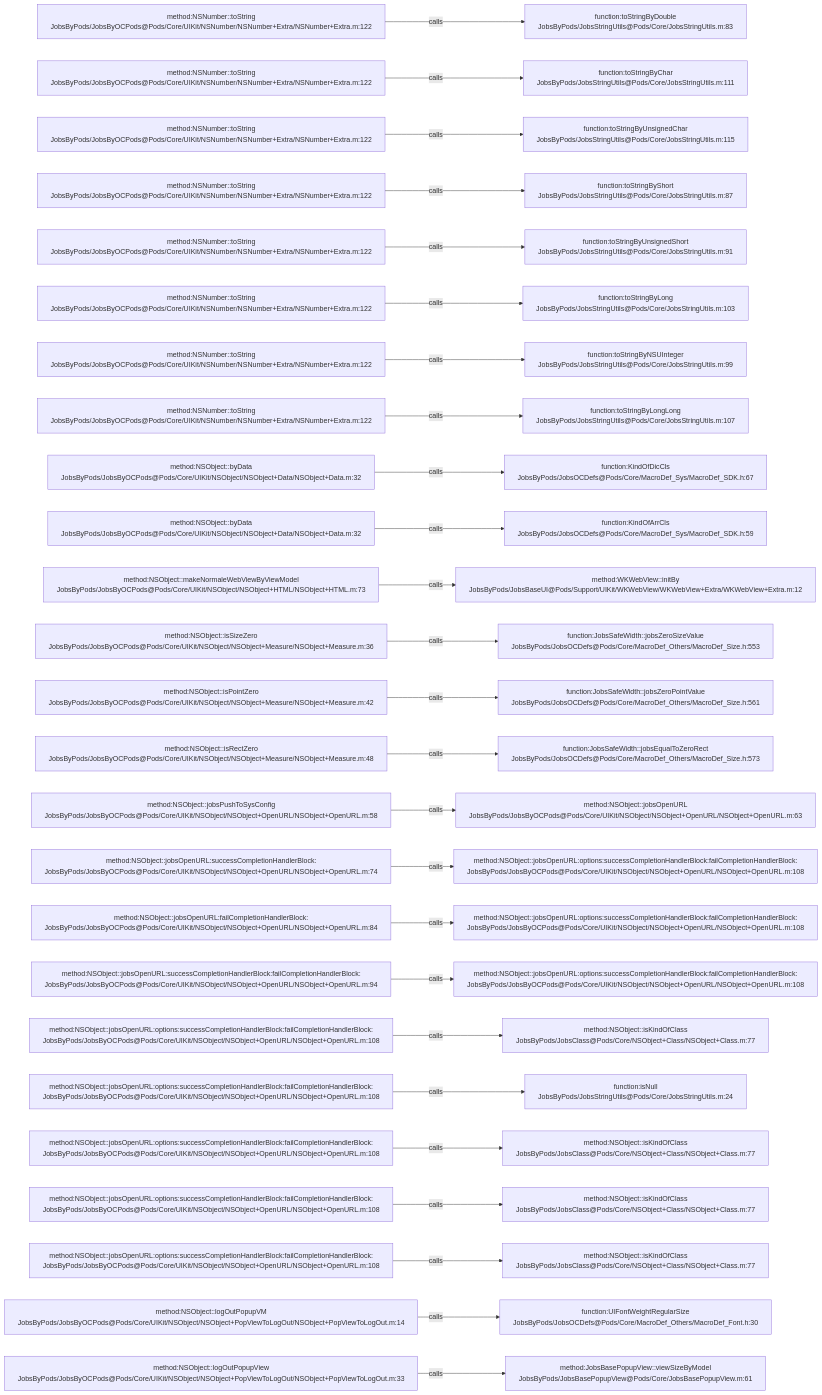
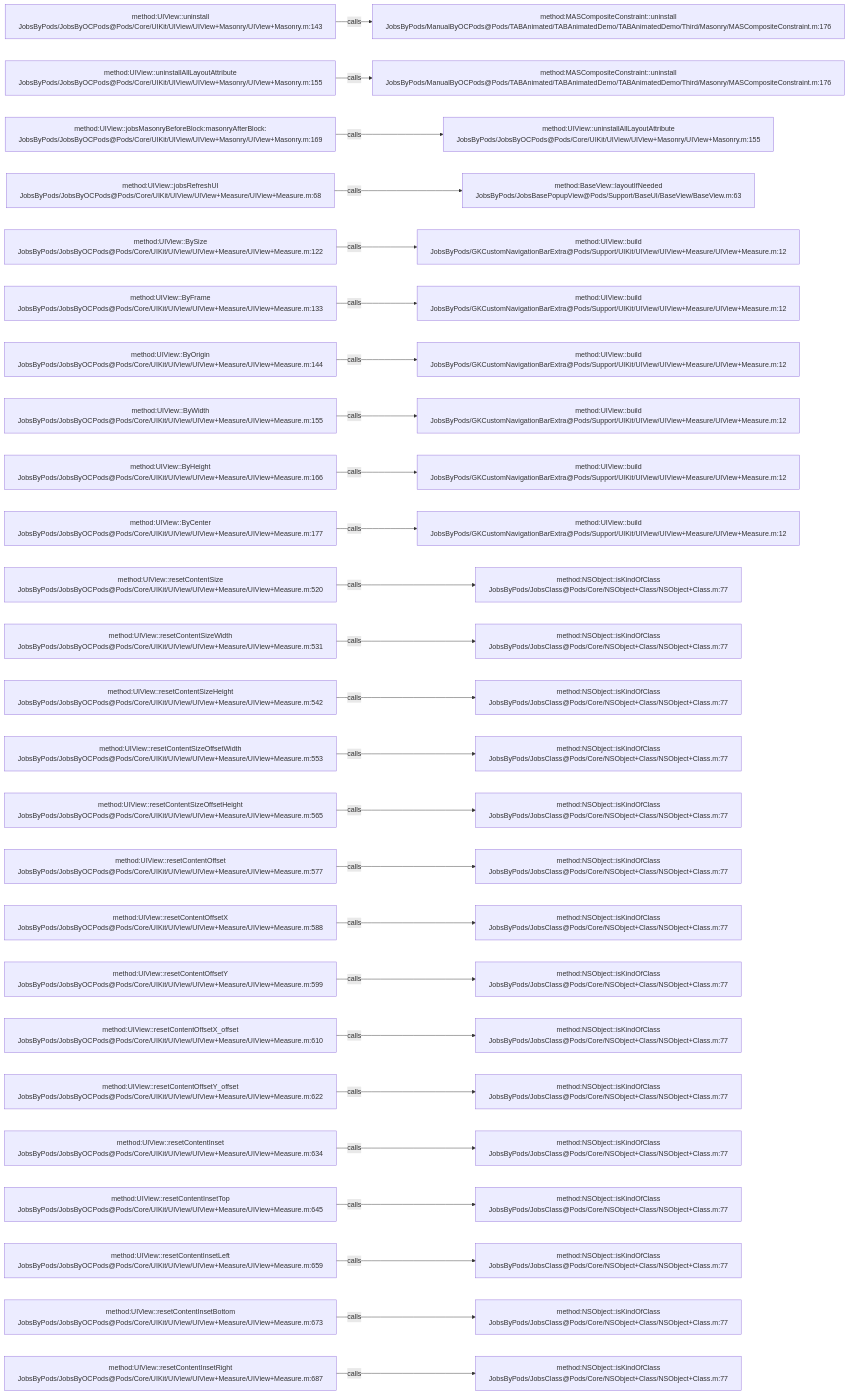
Before and after one commit to JobsKits/JobsOCBaseConfigDemo: the diagram in .codegraph/codegraph.md/graphs/calls-068.md, drawn with Mermaid. The commit also changed 1026 other files, not shown here.

````diff
--- a/.codegraph/codegraph.md/graphs/calls-068.md
+++ b/.codegraph/codegraph.md/graphs/calls-068.md
@@ -13,78 +13,78 @@
 ```mermaid
 flowchart LR
-  S1["method:NSNumber::toString<br/>JobsByPods/JobsByOCPods@Pods/Core/UIKit/NSNumber/NSNumber+Extra/NSNumber+Extra.m:122"]
-  T1["function:toStringByDouble<br/>JobsByPods/JobsStringUtils@Pods/Core/JobsStringUtils.m:83"]
+  S1["method:UIView::uninstall<br/>JobsByPods/JobsByOCPods@Pods/Core/UIKit/UIView/UIView+Masonry/UIView+Masonry.m:143"]
+  T1["method:MASCompositeConstraint::uninstall<br/>JobsByPods/ManualByOCPods@Pods/TABAnimated/TABAnimatedDemo/TABAnimatedDemo/Third/Masonry/MASCompositeConstraint.m:176"]
   S1 -->|calls| T1
-  S2["method:NSNumber::toString<br/>JobsByPods/JobsByOCPods@Pods/Core/UIKit/NSNumber/NSNumber+Extra/NSNumber+Extra.m:122"]
-  T2["function:toStringByChar<br/>JobsByPods/JobsStringUtils@Pods/Core/JobsStringUtils.m:111"]
+  S2["method:UIView::uninstallAllLayoutAttribute<br/>JobsByPods/JobsByOCPods@Pods/Core/UIKit/UIView/UIView+Masonry/UIView+Masonry.m:155"]
+  T2["method:MASCompositeConstraint::uninstall<br/>JobsByPods/ManualByOCPods@Pods/TABAnimated/TABAnimatedDemo/TABAnimatedDemo/Third/Masonry/MASCompositeConstraint.m:176"]
   S2 -->|calls| T2
-  S3["method:NSNumber::toString<br/>JobsByPods/JobsByOCPods@Pods/Core/UIKit/NSNumber/NSNumber+Extra/NSNumber+Extra.m:122"]
-  T3["function:toStringByUnsignedChar<br/>JobsByPods/JobsStringUtils@Pods/Core/JobsStringUtils.m:115"]
+  S3["method:UIView::jobsMasonryBeforeBlock:masonryAfterBlock:<br/>JobsByPods/JobsByOCPods@Pods/Core/UIKit/UIView/UIView+Masonry/UIView+Masonry.m:169"]
+  T3["method:UIView::uninstallAllLayoutAttribute<br/>JobsByPods/JobsByOCPods@Pods/Core/UIKit/UIView/UIView+Masonry/UIView+Masonry.m:155"]
   S3 -->|calls| T3
-  S4["method:NSNumber::toString<br/>JobsByPods/JobsByOCPods@Pods/Core/UIKit/NSNumber/NSNumber+Extra/NSNumber+Extra.m:122"]
-  T4["function:toStringByShort<br/>JobsByPods/JobsStringUtils@Pods/Core/JobsStringUtils.m:87"]
+  S4["method:UIView::jobsRefreshUI<br/>JobsByPods/JobsByOCPods@Pods/Core/UIKit/UIView/UIView+Measure/UIView+Measure.m:68"]
+  T4["method:BaseView::layoutIfNeeded<br/>JobsByPods/JobsBasePopupView@Pods/Support/BaseUI/BaseView/BaseView.m:63"]
   S4 -->|calls| T4
-  S5["method:NSNumber::toString<br/>JobsByPods/JobsByOCPods@Pods/Core/UIKit/NSNumber/NSNumber+Extra/NSNumber+Extra.m:122"]
-  T5["function:toStringByUnsignedShort<br/>JobsByPods/JobsStringUtils@Pods/Core/JobsStringUtils.m:91"]
+  S5["method:UIView::BySize<br/>JobsByPods/JobsByOCPods@Pods/Core/UIKit/UIView/UIView+Measure/UIView+Measure.m:122"]
+  T5["method:UIView::build<br/>JobsByPods/GKCustomNavigationBarExtra@Pods/Support/UIKit/UIView/UIView+Measure/UIView+Measure.m:12"]
   S5 -->|calls| T5
-  S6["method:NSNumber::toString<br/>JobsByPods/JobsByOCPods@Pods/Core/UIKit/NSNumber/NSNumber+Extra/NSNumber+Extra.m:122"]
-  T6["function:toStringByLong<br/>JobsByPods/JobsStringUtils@Pods/Core/JobsStringUtils.m:103"]
+  S6["method:UIView::ByFrame<br/>JobsByPods/JobsByOCPods@Pods/Core/UIKit/UIView/UIView+Measure/UIView+Measure.m:133"]
+  T6["method:UIView::build<br/>JobsByPods/GKCustomNavigationBarExtra@Pods/Support/UIKit/UIView/UIView+Measure/UIView+Measure.m:12"]
   S6 -->|calls| T6
-  S7["method:NSNumber::toString<br/>JobsByPods/JobsByOCPods@Pods/Core/UIKit/NSNumber/NSNumber+Extra/NSNumber+Extra.m:122"]
-  T7["function:toStringByNSUInteger<br/>JobsByPods/JobsStringUtils@Pods/Core/JobsStringUtils.m:99"]
+  S7["method:UIView::ByOrigin<br/>JobsByPods/JobsByOCPods@Pods/Core/UIKit/UIView/UIView+Measure/UIView+Measure.m:144"]
+  T7["method:UIView::build<br/>JobsByPods/GKCustomNavigationBarExtra@Pods/Support/UIKit/UIView/UIView+Measure/UIView+Measure.m:12"]
   S7 -->|calls| T7
-  S8["method:NSNumber::toString<br/>JobsByPods/JobsByOCPods@Pods/Core/UIKit/NSNumber/NSNumber+Extra/NSNumber+Extra.m:122"]
-  T8["function:toStringByLongLong<br/>JobsByPods/JobsStringUtils@Pods/Core/JobsStringUtils.m:107"]
+  S8["method:UIView::ByWidth<br/>JobsByPods/JobsByOCPods@Pods/Core/UIKit/UIView/UIView+Measure/UIView+Measure.m:155"]
+  T8["method:UIView::build<br/>JobsByPods/GKCustomNavigationBarExtra@Pods/Support/UIKit/UIView/UIView+Measure/UIView+Measure.m:12"]
   S8 -->|calls| T8
-  S9["method:NSObject::byData<br/>JobsByPods/JobsByOCPods@Pods/Core/UIKit/NSObject/NSObject+Data/NSObject+Data.m:32"]
-  T9["function:KindOfDicCls<br/>JobsByPods/JobsOCDefs@Pods/Core/MacroDef_Sys/MacroDef_SDK.h:67"]
+  S9["method:UIView::ByHeight<br/>JobsByPods/JobsByOCPods@Pods/Core/UIKit/UIView/UIView+Measure/UIView+Measure.m:166"]
+  T9["method:UIView::build<br/>JobsByPods/GKCustomNavigationBarExtra@Pods/Support/UIKit/UIView/UIView+Measure/UIView+Measure.m:12"]
   S9 -->|calls| T9
-  S10["method:NSObject::byData<br/>JobsByPods/JobsByOCPods@Pods/Core/UIKit/NSObject/NSObject+Data/NSObject+Data.m:32"]
-  T10["function:KindOfArrCls<br/>JobsByPods/JobsOCDefs@Pods/Core/MacroDef_Sys/MacroDef_SDK.h:59"]
+  S10["method:UIView::ByCenter<br/>JobsByPods/JobsByOCPods@Pods/Core/UIKit/UIView/UIView+Measure/UIView+Measure.m:177"]
+  T10["method:UIView::build<br/>JobsByPods/GKCustomNavigationBarExtra@Pods/Support/UIKit/UIView/UIView+Measure/UIView+Measure.m:12"]
   S10 -->|calls| T10
-  S11["method:NSObject::makeNormaleWebViewByViewModel<br/>JobsByPods/JobsByOCPods@Pods/Core/UIKit/NSObject/NSObject+HTML/NSObject+HTML.m:73"]
-  T11["method:WKWebView::initBy<br/>JobsByPods/JobsBaseUI@Pods/Support/UIKit/WKWebView/WKWebView+Extra/WKWebView+Extra.m:12"]
+  S11["method:UIView::resetContentSize<br/>JobsByPods/JobsByOCPods@Pods/Core/UIKit/UIView/UIView+Measure/UIView+Measure.m:520"]
+  T11["method:NSObject::isKindOfClass<br/>JobsByPods/JobsClass@Pods/Core/NSObject+Class/NSObject+Class.m:77"]
   S11 -->|calls| T11
-  S12["method:NSObject::isSizeZero<br/>JobsByPods/JobsByOCPods@Pods/Core/UIKit/NSObject/NSObject+Measure/NSObject+Measure.m:36"]
-  T12["function:JobsSafeWidth::jobsZeroSizeValue<br/>JobsByPods/JobsOCDefs@Pods/Core/MacroDef_Others/MacroDef_Size.h:553"]
+  S12["method:UIView::resetContentSizeWidth<br/>JobsByPods/JobsByOCPods@Pods/Core/UIKit/UIView/UIView+Measure/UIView+Measure.m:531"]
+  T12["method:NSObject::isKindOfClass<br/>JobsByPods/JobsClass@Pods/Core/NSObject+Class/NSObject+Class.m:77"]
   S12 -->|calls| T12
-  S13["method:NSObject::isPointZero<br/>JobsByPods/JobsByOCPods@Pods/Core/UIKit/NSObject/NSObject+Measure/NSObject+Measure.m:42"]
-  T13["function:JobsSafeWidth::jobsZeroPointValue<br/>JobsByPods/JobsOCDefs@Pods/Core/MacroDef_Others/MacroDef_Size.h:561"]
+  S13["method:UIView::resetContentSizeHeight<br/>JobsByPods/JobsByOCPods@Pods/Core/UIKit/UIView/UIView+Measure/UIView+Measure.m:542"]
+  T13["method:NSObject::isKindOfClass<br/>JobsByPods/JobsClass@Pods/Core/NSObject+Class/NSObject+Class.m:77"]
   S13 -->|calls| T13
-  S14["method:NSObject::isRectZero<br/>JobsByPods/JobsByOCPods@Pods/Core/UIKit/NSObject/NSObject+Measure/NSObject+Measure.m:48"]
-  T14["function:JobsSafeWidth::jobsEqualToZeroRect<br/>JobsByPods/JobsOCDefs@Pods/Core/MacroDef_Others/MacroDef_Size.h:573"]
+  S14["method:UIView::resetContentSizeOffsetWidth<br/>JobsByPods/JobsByOCPods@Pods/Core/UIKit/UIView/UIView+Measure/UIView+Measure.m:553"]
+  T14["method:NSObject::isKindOfClass<br/>JobsByPods/JobsClass@Pods/Core/NSObject+Class/NSObject+Class.m:77"]
   S14 -->|calls| T14
-  S15["method:NSObject::jobsPushToSysConfig<br/>JobsByPods/JobsByOCPods@Pods/Core/UIKit/NSObject/NSObject+OpenURL/NSObject+OpenURL.m:58"]
-  T15["method:NSObject::jobsOpenURL<br/>JobsByPods/JobsByOCPods@Pods/Core/UIKit/NSObject/NSObject+OpenURL/NSObject+OpenURL.m:63"]
+  S15["method:UIView::resetContentSizeOffsetHeight<br/>JobsByPods/JobsByOCPods@Pods/Core/UIKit/UIView/UIView+Measure/UIView+Measure.m:565"]
+  T15["method:NSObject::isKindOfClass<br/>JobsByPods/JobsClass@Pods/Core/NSObject+Class/NSObject+Class.m:77"]
   S15 -->|calls| T15
-  S16["method:NSObject::jobsOpenURL:successCompletionHandlerBlock:<br/>JobsByPods/JobsByOCPods@Pods/Core/UIKit/NSObject/NSObject+OpenURL/NSObject+OpenURL.m:74"]
-  T16["method:NSObject::jobsOpenURL:options:successCompletionHandlerBlock:failCompletionHandlerBlock:<br/>JobsByPods/JobsByOCPods@Pods/Core/UIKit/NSObject/NSObject+OpenURL/NSObject+OpenURL.m:108"]
+  S16["method:UIView::resetContentOffset<br/>JobsByPods/JobsByOCPods@Pods/Core/UIKit/UIView/UIView+Measure/UIView+Measure.m:577"]
+  T16["method:NSObject::isKindOfClass<br/>JobsByPods/JobsClass@Pods/Core/NSObject+Class/NSObject+Class.m:77"]
   S16 -->|calls| T16
-  S17["method:NSObject::jobsOpenURL:failCompletionHandlerBlock:<br/>JobsByPods/JobsByOCPods@Pods/Core/UIKit/NSObject/NSObject+OpenURL/NSObject+OpenURL.m:84"]
-  T17["method:NSObject::jobsOpenURL:options:successCompletionHandlerBlock:failCompletionHandlerBlock:<br/>JobsByPods/JobsByOCPods@Pods/Core/UIKit/NSObject/NSObject+OpenURL/NSObject+OpenURL.m:108"]
+  S17["method:UIView::resetContentOffsetX<br/>JobsByPods/JobsByOCPods@Pods/Core/UIKit/UIView/UIView+Measure/UIView+Measure.m:588"]
+  T17["method:NSObject::isKindOfClass<br/>JobsByPods/JobsClass@Pods/Core/NSObject+Class/NSObject+Class.m:77"]
   S17 -->|calls| T17
-  S18["method:NSObject::jobsOpenURL:successCompletionHandlerBlock:failCompletionHandlerBlock:<br/>JobsByPods/JobsByOCPods@Pods/Core/UIKit/NSObject/NSObject+OpenURL/NSObject+OpenURL.m:94"]
-  T18["method:NSObject::jobsOpenURL:options:successCompletionHandlerBlock:failCompletionHandlerBlock:<br/>JobsByPods/JobsByOCPods@Pods/Core/UIKit/NSObject/NSObject+OpenURL/NSObject+OpenURL.m:108"]
+  S18["method:UIView::resetContentOffsetY<br/>JobsByPods/JobsByOCPods@Pods/Core/UIKit/UIView/UIView+Measure/UIView+Measure.m:599"]
+  T18["method:NSObject::isKindOfClass<br/>JobsByPods/JobsClass@Pods/Core/NSObject+Class/NSObject+Class.m:77"]
   S18 -->|calls| T18
-  S19["method:NSObject::jobsOpenURL:options:successCompletionHandlerBlock:failCompletionHandlerBlock:<br/>JobsByPods/JobsByOCPods@Pods/Core/UIKit/NSObject/NSObject+OpenURL/NSObject+OpenURL.m:108"]
+  S19["method:UIView::resetContentOffsetX_offset<br/>JobsByPods/JobsByOCPods@Pods/Core/UIKit/UIView/UIView+Measure/UIView+Measure.m:610"]
   T19["method:NSObject::isKindOfClass<br/>JobsByPods/JobsClass@Pods/Core/NSObject+Class/NSObject+Class.m:77"]
   S19 -->|calls| T19
-  S20["method:NSObject::jobsOpenURL:options:successCompletionHandlerBlock:failCompletionHandlerBlock:<br/>JobsByPods/JobsByOCPods@Pods/Core/UIKit/NSObject/NSObject+OpenURL/NSObject+OpenURL.m:108"]
-  T20["function:isNull<br/>JobsByPods/JobsStringUtils@Pods/Core/JobsStringUtils.m:24"]
+  S20["method:UIView::resetContentOffsetY_offset<br/>JobsByPods/JobsByOCPods@Pods/Core/UIKit/UIView/UIView+Measure/UIView+Measure.m:622"]
+  T20["method:NSObject::isKindOfClass<br/>JobsByPods/JobsClass@Pods/Core/NSObject+Class/NSObject+Class.m:77"]
   S20 -->|calls| T20
-  S21["method:NSObject::jobsOpenURL:options:successCompletionHandlerBlock:failCompletionHandlerBlock:<br/>JobsByPods/JobsByOCPods@Pods/Core/UIKit/NSObject/NSObject+OpenURL/NSObject+OpenURL.m:108"]
+  S21["method:UIView::resetContentInset<br/>JobsByPods/JobsByOCPods@Pods/Core/UIKit/UIView/UIView+Measure/UIView+Measure.m:634"]
   T21["method:NSObject::isKindOfClass<br/>JobsByPods/JobsClass@Pods/Core/NSObject+Class/NSObject+Class.m:77"]
   S21 -->|calls| T21
-  S22["method:NSObject::jobsOpenURL:options:successCompletionHandlerBlock:failCompletionHandlerBlock:<br/>JobsByPods/JobsByOCPods@Pods/Core/UIKit/NSObject/NSObject+OpenURL/NSObject+OpenURL.m:108"]
+  S22["method:UIView::resetContentInsetTop<br/>JobsByPods/JobsByOCPods@Pods/Core/UIKit/UIView/UIView+Measure/UIView+Measure.m:645"]
   T22["method:NSObject::isKindOfClass<br/>JobsByPods/JobsClass@Pods/Core/NSObject+Class/NSObject+Class.m:77"]
   S22 -->|calls| T22
-  S23["method:NSObject::jobsOpenURL:options:successCompletionHandlerBlock:failCompletionHandlerBlock:<br/>JobsByPods/JobsByOCPods@Pods/Core/UIKit/NSObject/NSObject+OpenURL/NSObject+OpenURL.m:108"]
+  S23["method:UIView::resetContentInsetLeft<br/>JobsByPods/JobsByOCPods@Pods/Core/UIKit/UIView/UIView+Measure/UIView+Measure.m:659"]
   T23["method:NSObject::isKindOfClass<br/>JobsByPods/JobsClass@Pods/Core/NSObject+Class/NSObject+Class.m:77"]
   S23 -->|calls| T23
-  S24["method:NSObject::logOutPopupVM<br/>JobsByPods/JobsByOCPods@Pods/Core/UIKit/NSObject/NSObject+PopViewToLogOut/NSObject+PopViewToLogOut.m:14"]
-  T24["function:UIFontWeightRegularSize<br/>JobsByPods/JobsOCDefs@Pods/Core/MacroDef_Others/MacroDef_Font.h:30"]
+  S24["method:UIView::resetContentInsetBottom<br/>JobsByPods/JobsByOCPods@Pods/Core/UIKit/UIView/UIView+Measure/UIView+Measure.m:673"]
+  T24["method:NSObject::isKindOfClass<br/>JobsByPods/JobsClass@Pods/Core/NSObject+Class/NSObject+Class.m:77"]
   S24 -->|calls| T24
-  S25["method:NSObject::logOutPopupView<br/>JobsByPods/JobsByOCPods@Pods/Core/UIKit/NSObject/NSObject+PopViewToLogOut/NSObject+PopViewToLogOut.m:33"]
-  T25["method:JobsBasePopupView::viewSizeByModel<br/>JobsByPods/JobsBasePopupView@Pods/Core/JobsBasePopupView.m:61"]
+  S25["method:UIView::resetContentInsetRight<br/>JobsByPods/JobsByOCPods@Pods/Core/UIKit/UIView/UIView+Measure/UIView+Measure.m:687"]
+  T25["method:NSObject::isKindOfClass<br/>JobsByPods/JobsClass@Pods/Core/NSObject+Class/NSObject+Class.m:77"]
   S25 -->|calls| T25
 ```
````
